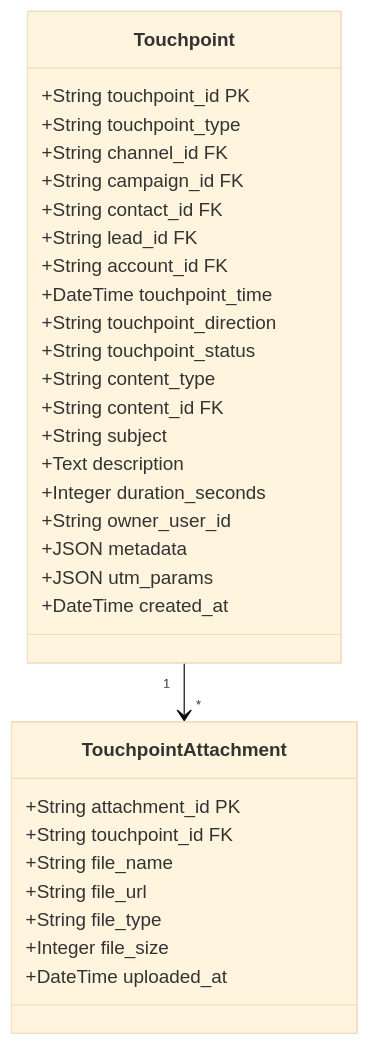
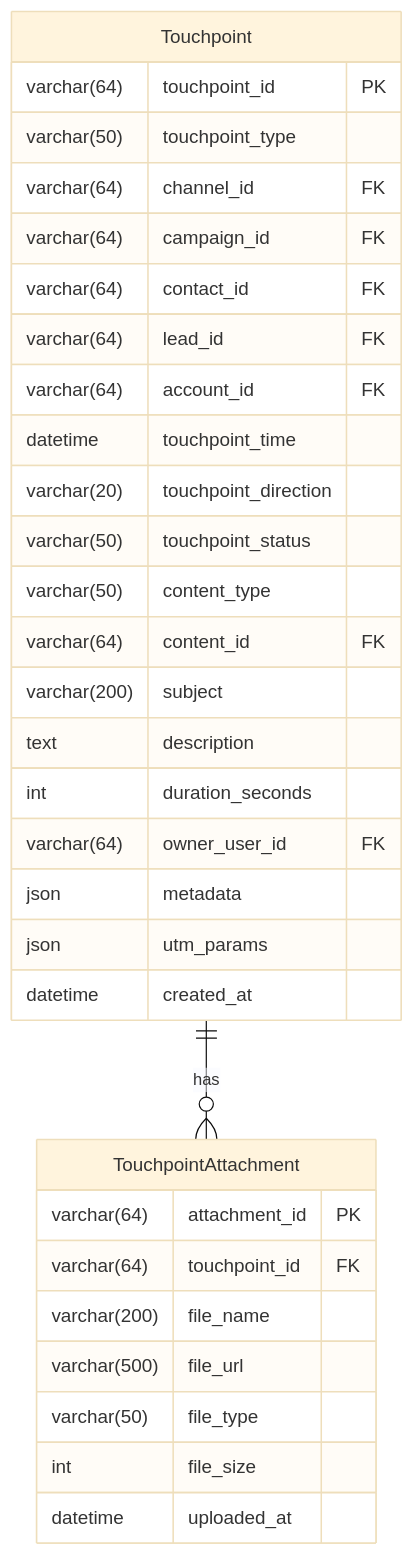
Before and after one commit to 312268112/advanced-java: the eighth of 26 diagrams in docs/b2b-cdp-entity-design.md, drawn with Mermaid (base theme). The commit also changed other lines of this file, not shown here.

````diff
--- a/docs/b2b-cdp-entity-design.md
+++ b/docs/b2b-cdp-entity-design.md
@@ -445,36 +541,36 @@
 ```mermaid
-classDiagram
-    class Touchpoint {
-        +String touchpoint_id PK
-        +String touchpoint_type
-        +String channel_id FK
-        +String campaign_id FK
-        +String contact_id FK
-        +String lead_id FK
-        +String account_id FK
-        +DateTime touchpoint_time
-        +String touchpoint_direction
-        +String touchpoint_status
-        +String content_type
-        +String content_id FK
-        +String subject
-        +Text description
-        +Integer duration_seconds
-        +String owner_user_id
-        +JSON metadata
-        +JSON utm_params
-        +DateTime created_at
+erDiagram
+    Touchpoint ||--o{ TouchpointAttachment : "has"
+    
+    Touchpoint {
+        varchar(64) touchpoint_id PK
+        varchar(50) touchpoint_type
+        varchar(64) channel_id FK
+        varchar(64) campaign_id FK
+        varchar(64) contact_id FK
+        varchar(64) lead_id FK
+        varchar(64) account_id FK
+        datetime touchpoint_time
+        varchar(20) touchpoint_direction
+        varchar(50) touchpoint_status
+        varchar(50) content_type
+        varchar(64) content_id FK
+        varchar(200) subject
+        text description
+        int duration_seconds
+        varchar(64) owner_user_id FK
+        json metadata
+        json utm_params
+        datetime created_at
     }
     
-    class TouchpointAttachment {
-        +String attachment_id PK
-        +String touchpoint_id FK
-        +String file_name
-        +String file_url
-        +String file_type
-        +Integer file_size
-        +DateTime uploaded_at
+    TouchpointAttachment {
+        varchar(64) attachment_id PK
+        varchar(64) touchpoint_id FK
+        varchar(200) file_name
+        varchar(500) file_url
+        varchar(50) file_type
+        int file_size
+        datetime uploaded_at
     }
-    
-    Touchpoint "1" --> "*" TouchpointAttachment
 ```
````
